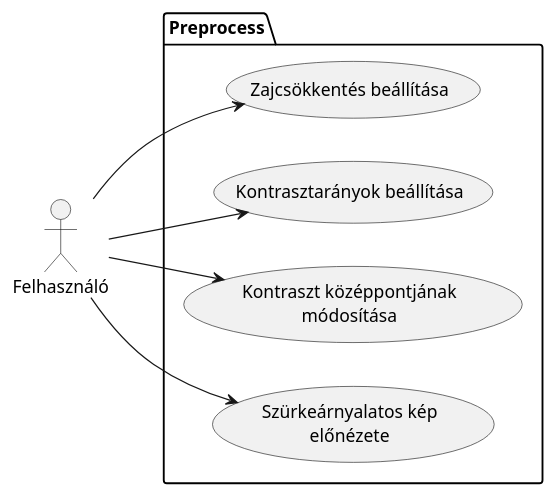
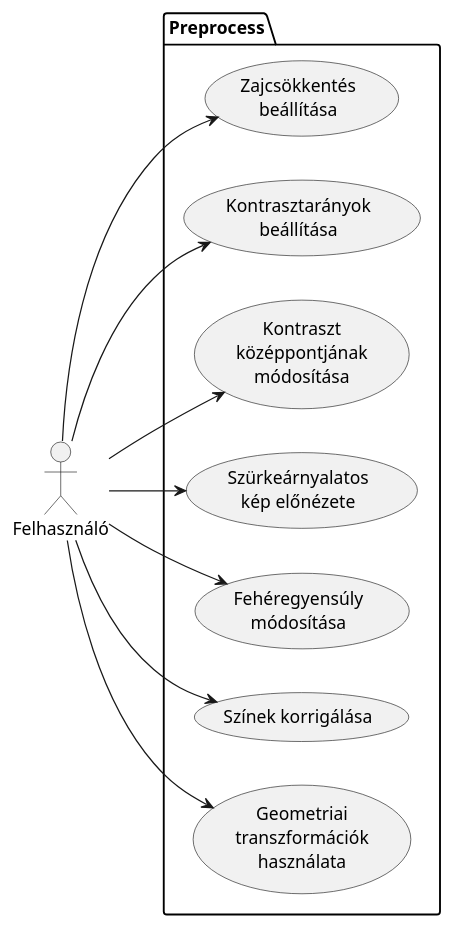
Before and after one commit to JasonBlackth/img-to-map: the diagram in documentation/preprocess_diagram.md, drawn with PlantUML. The commit also changed 17 other files, not shown here.

```diff
--- a/documentation/preprocess_diagram.md
+++ b/documentation/preprocess_diagram.md
@@ -1,20 +1,26 @@
 @startuml
 
 left to right direction
 
 package Preprocess{
-    usecase (P1) as "Zajcsökkentés beállítása"
-    usecase (P2) as "Kontrasztarányok beállítása"
-    usecase (P3) as "Kontraszt középpontjának\nmódosítása"
-    usecase (P4) as "Szürkeárnyalatos kép\nelőnézete"
+    usecase (P1) as "Zajcsökkentés\nbeállítása"
+    usecase (P2) as "Kontrasztarányok\nbeállítása"
+    usecase (P3) as "Kontraszt\nközéppontjának\nmódosítása"
+    usecase (P4) as "Szürkeárnyalatos\nkép előnézete"
+    usecase (P5) as "Fehéregyensúly\nmódosítása"
+    usecase (P6) as "Színek korrigálása"
+    usecase (P7) as "Geometriai\ntranszformációk\nhasználata"
 }
 
 actor :Felhasználó: as User1
 
 
 User1 --> (P1)
 User1 --> (P2)
 User1 --> (P3)
 User1 --> (P4)
+User1 --> (P5)
+User1 --> (P6)
+User1 --> (P7)
 
 @enduml
```
